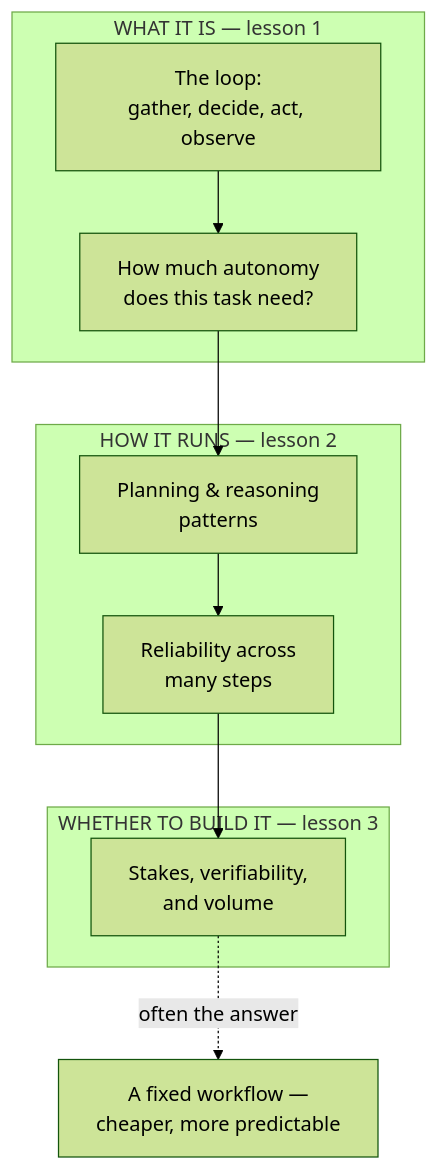
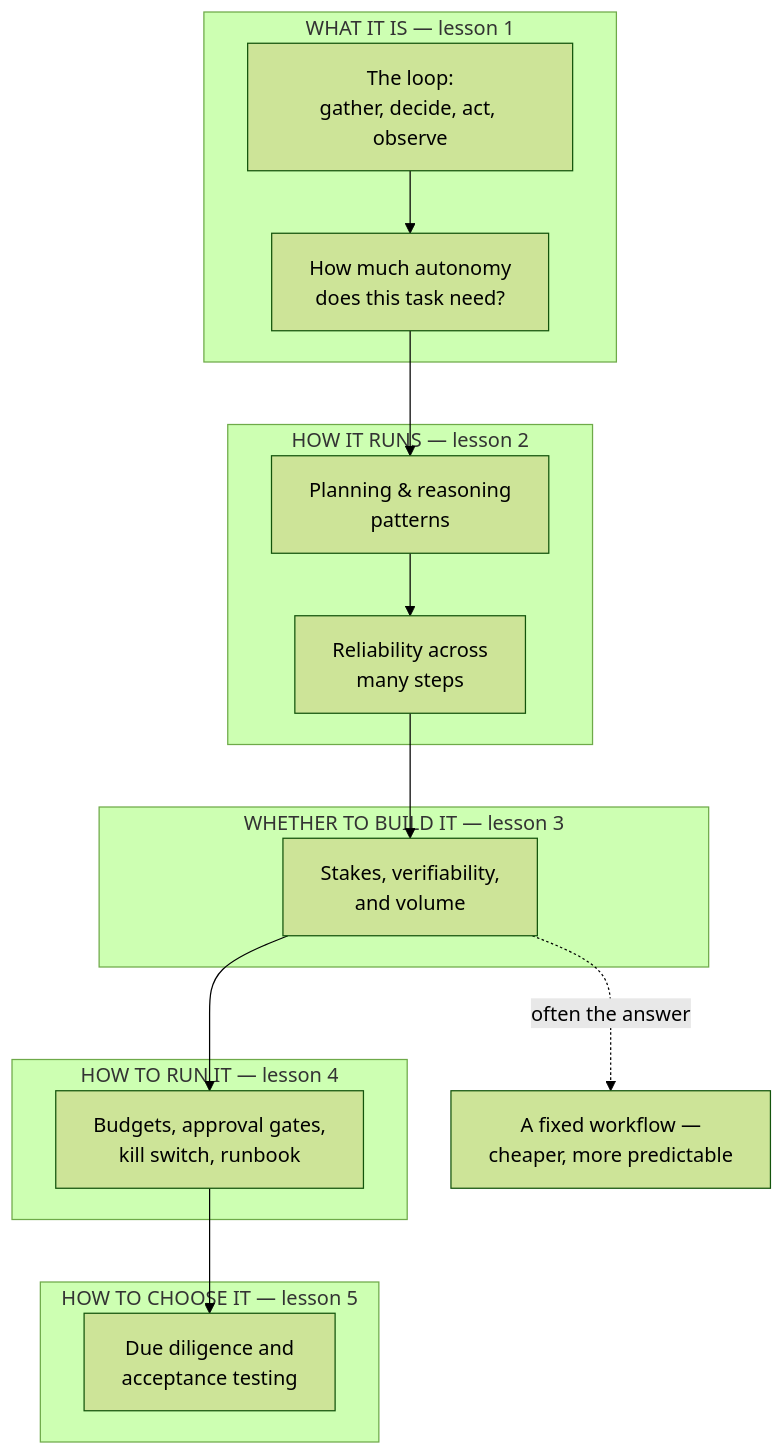
The diagram in ai-agents/README.md (aakashagg123/gatsby), drawn with Mermaid (forest theme) before and after one commit. The commit also changed other lines of this file and 21 other files, not shown here.

````diff
--- a/ai-agents/README.md
+++ b/ai-agents/README.md
@@ -28,19 +37,27 @@
 ```mermaid
 flowchart TB
   subgraph BUILD["WHAT IT IS — lesson 1"]
     LOOP["The loop:<br/>gather, decide, act, observe"]
     AUTONOMY["How much autonomy<br/>does this task need?"]
   end
   subgraph RUN["HOW IT RUNS — lesson 2"]
     THINK["Planning & reasoning<br/>patterns"]
     RELY["Reliability across<br/>many steps"]
   end
   subgraph DECIDE["WHETHER TO BUILD IT — lesson 3"]
     ECON["Stakes, verifiability,<br/>and volume"]
   end
+  subgraph OPERATE["HOW TO RUN IT — lesson 4"]
+    CTRL["Budgets, approval gates,<br/>kill switch, runbook"]
+  end
+  subgraph CHOOSE["HOW TO CHOOSE IT — lesson 5"]
+    TEST["Due diligence and<br/>acceptance testing"]
+  end
   LOOP --> AUTONOMY
   AUTONOMY --> THINK
   THINK --> RELY
   RELY --> ECON
+  ECON --> CTRL
+  CTRL --> TEST
   ECON -.->|"often the answer"| WORKFLOW["A fixed workflow —<br/>cheaper, more predictable"]
 ```
````
